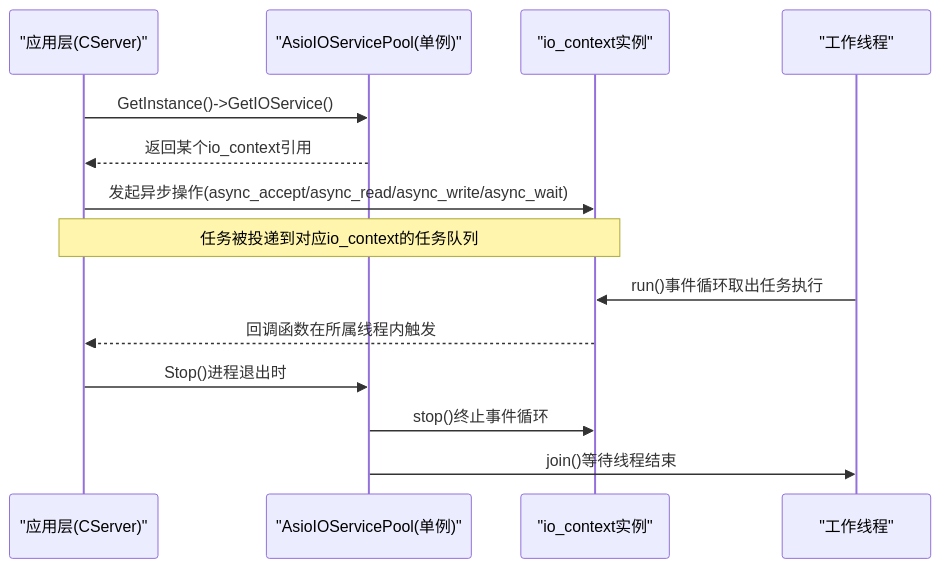
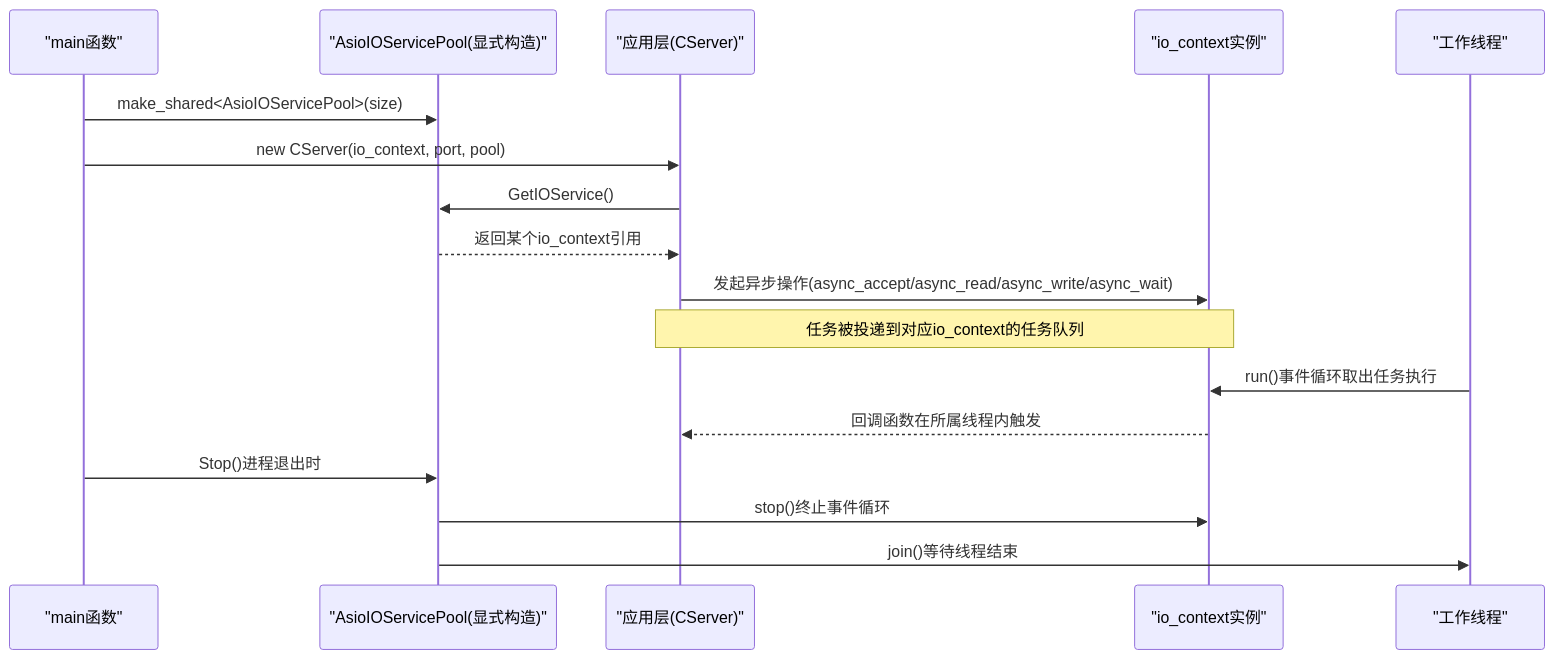
Before and after one commit to echo9923/mychatter: the second of 5 diagrams in .qoder/repowiki/zh/content/服务端开发/通用组件和工具/异步IO服务池.md, drawn with Mermaid. The commit also changed other lines of this file and 107 other files, not shown here.

````diff
--- a/.qoder/repowiki/zh/content/服务端开发/通用组件和工具/异步IO服务池.md
+++ b/.qoder/repowiki/zh/content/服务端开发/通用组件和工具/异步IO服务池.md
@@ -117,16 +124,19 @@
 ```mermaid
 sequenceDiagram
+participant Main as "main函数"
+participant Pool as "AsioIOServicePool(显式构造)"
 participant App as "应用层(CServer)"
-participant Pool as "AsioIOServicePool(单例)"
 participant IO as "io_context实例"
 participant Th as "工作线程"
-App->>Pool : GetInstance()->GetIOService()
+Main->>Pool : make_shared<AsioIOServicePool>(size)
+Main->>App : new CServer(io_context, port, pool)
+App->>Pool : GetIOService()
 Pool-->>App : 返回某个io_context引用
 App->>IO : 发起异步操作(async_accept/async_read/async_write/async_wait)
 Note over App,IO : 任务被投递到对应io_context的任务队列
 Th->>IO : run()事件循环取出任务执行
 IO-->>App : 回调函数在所属线程内触发
-App->>Pool : Stop()进程退出时
+Main->>Pool : Stop()进程退出时
 Pool->>IO : stop()终止事件循环
 Pool->>Th : join()等待线程结束
 ```
````
